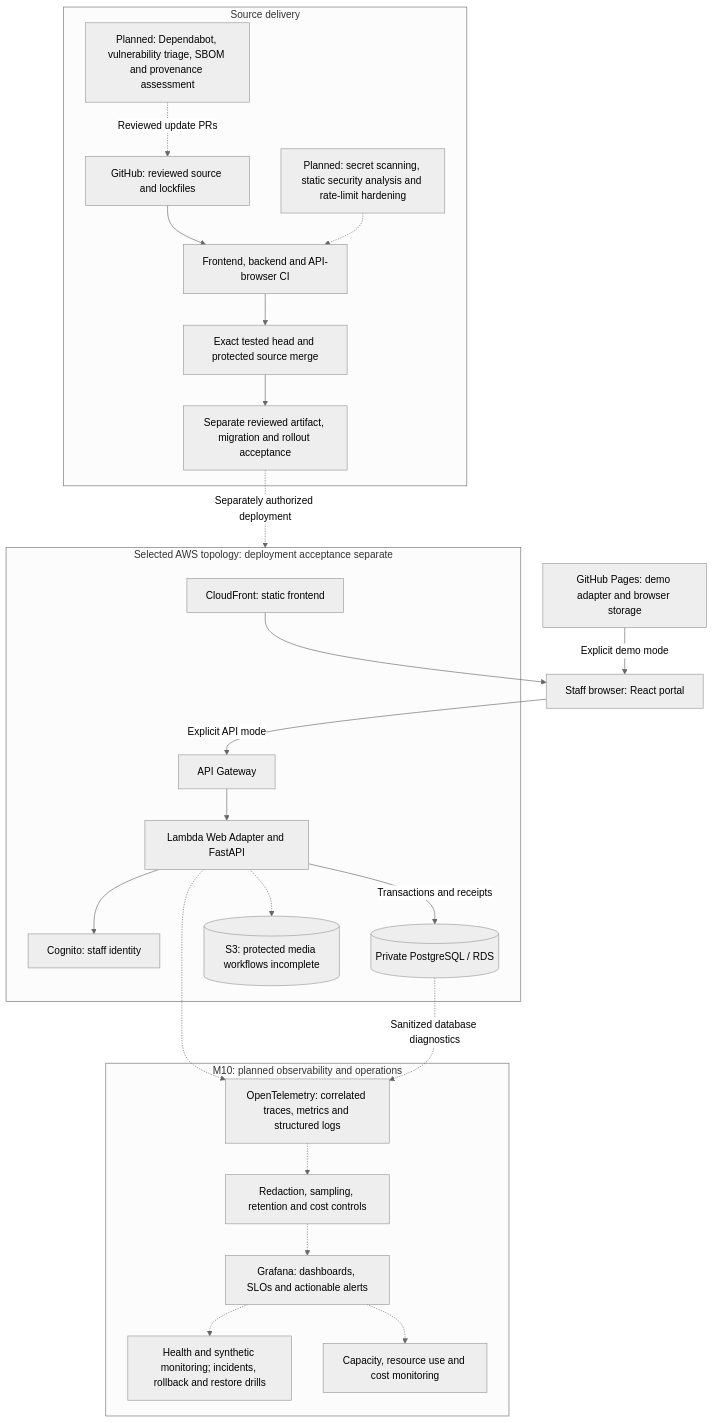
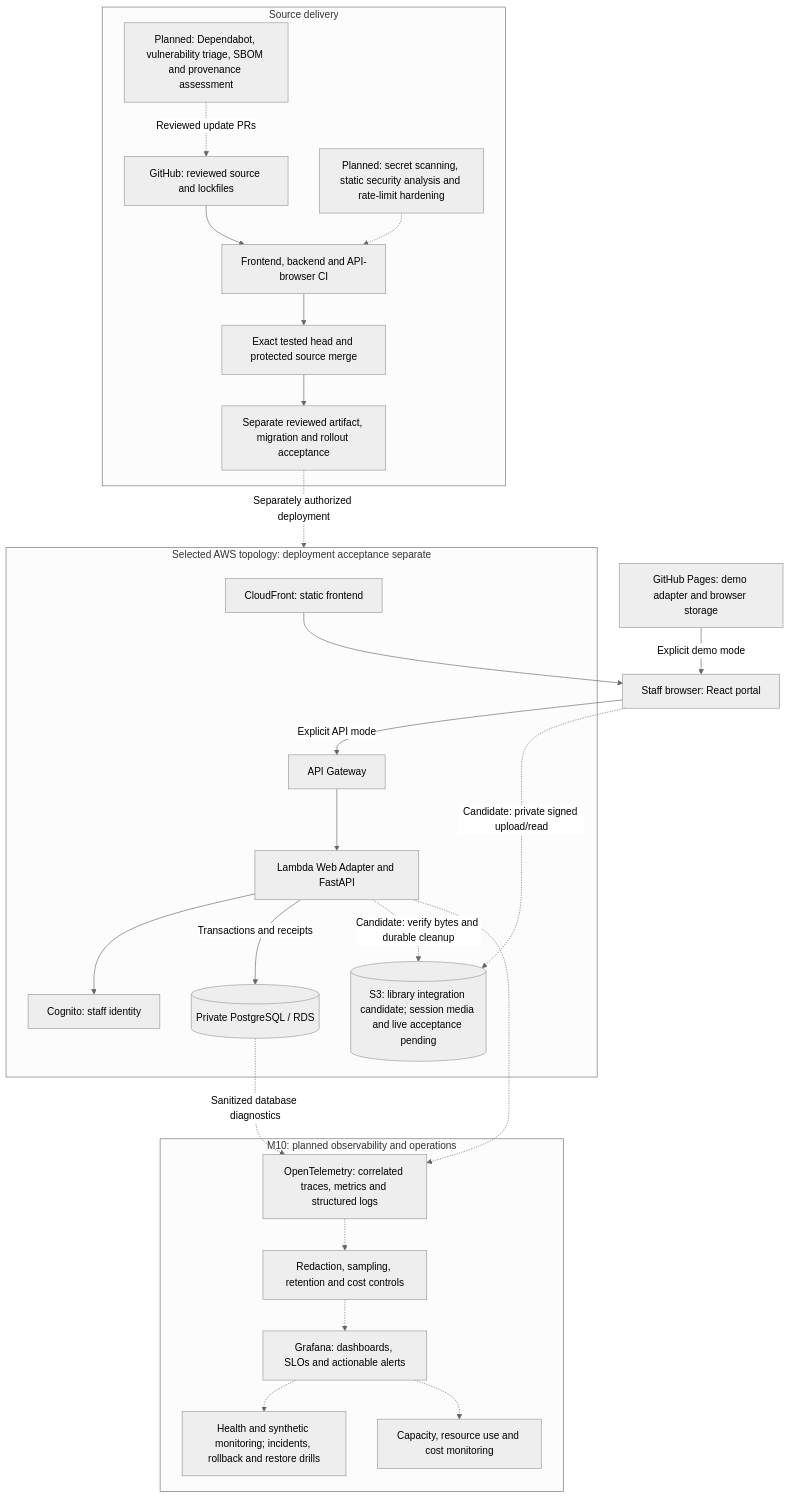
The first of 3 diagrams in docs/Architecture/diagram.md (LimYouSheng/FitfinityReact), drawn with Mermaid (neutral theme) before and after one commit. The commit also changed other lines of this file and 49 other files, not shown here.

Commit message:
Persist exercise library and protected reference media

````diff
--- a/docs/Architecture/diagram.md
+++ b/docs/Architecture/diagram.md
@@ -9,44 +9,45 @@
 ```mermaid
 flowchart TB
   Staff["Staff browser: React portal"]
   Pages["GitHub Pages: demo adapter and browser storage"]
   subgraph AWS["Selected AWS topology: deployment acceptance separate"]
     Assets["CloudFront: static frontend"]
     Gateway["API Gateway"]
     App["Lambda Web Adapter and FastAPI"]
     Identity["Cognito: staff identity"]
     DB[("Private PostgreSQL / RDS")]
-    Media[("S3: protected media workflows incomplete")]
+    Media[("S3: library integration candidate; session media and live acceptance pending")]
   end
   subgraph Delivery["Source delivery"]
     Repo["GitHub: reviewed source and lockfiles"]
     CI["Frontend, backend and API-browser CI"]
     Merge["Exact tested head and protected source merge"]
     Release["Separate reviewed artifact, migration and rollout acceptance"]
     Supply["Planned: Dependabot, vulnerability triage, SBOM and provenance assessment"]
     Security["Planned: secret scanning, static security analysis and rate-limit hardening"]
   end
   subgraph Operations["M10: planned observability and operations"]
     OTel["OpenTelemetry: correlated traces, metrics and structured logs"]
     Privacy["Redaction, sampling, retention and cost controls"]
     Grafana["Grafana: dashboards, SLOs and actionable alerts"]
     Ops["Health and synthetic monitoring; incidents, rollback and restore drills"]
     Capacity["Capacity, resource use and cost monitoring"]
   end
   Assets --> Staff
   Pages -->|"Explicit demo mode"| Staff
   Staff -->|"Explicit API mode"| Gateway
   Gateway --> App
   App --> Identity
   App -->|"Transactions and receipts"| DB
-  App -.-> Media
+  Staff -.->|"Candidate: private signed upload/read"| Media
+  App -.->|"Candidate: verify bytes and durable cleanup"| Media
   Repo --> CI --> Merge --> Release
   Release -.->|"Separately authorized deployment"| AWS
   Supply -.->|"Reviewed update PRs"| Repo
   Security -.-> CI
   App -.-> OTel
   DB -.->|"Sanitized database diagnostics"| OTel
   OTel -.-> Privacy -.-> Grafana
   Grafana -.-> Ops
   Grafana -.-> Capacity
 ```
````
